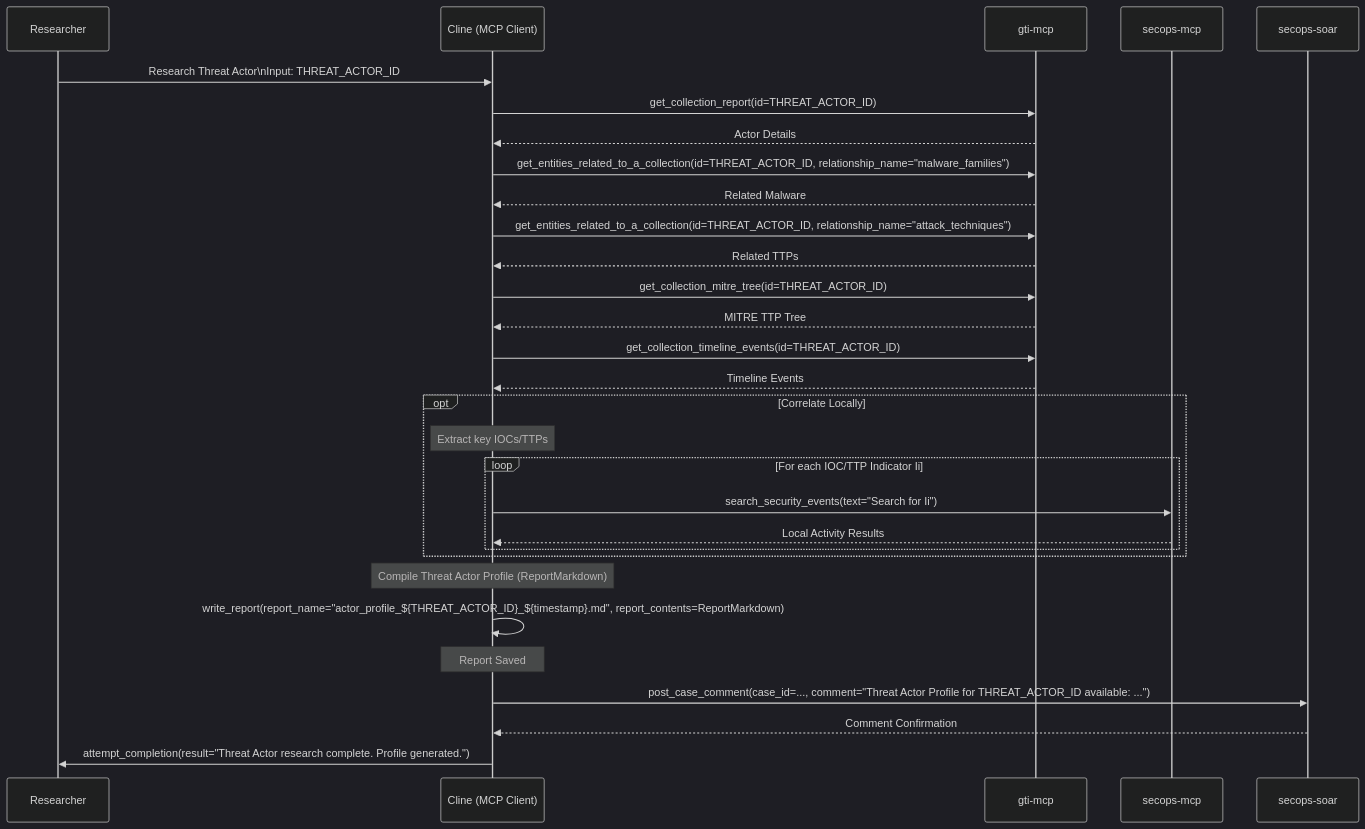
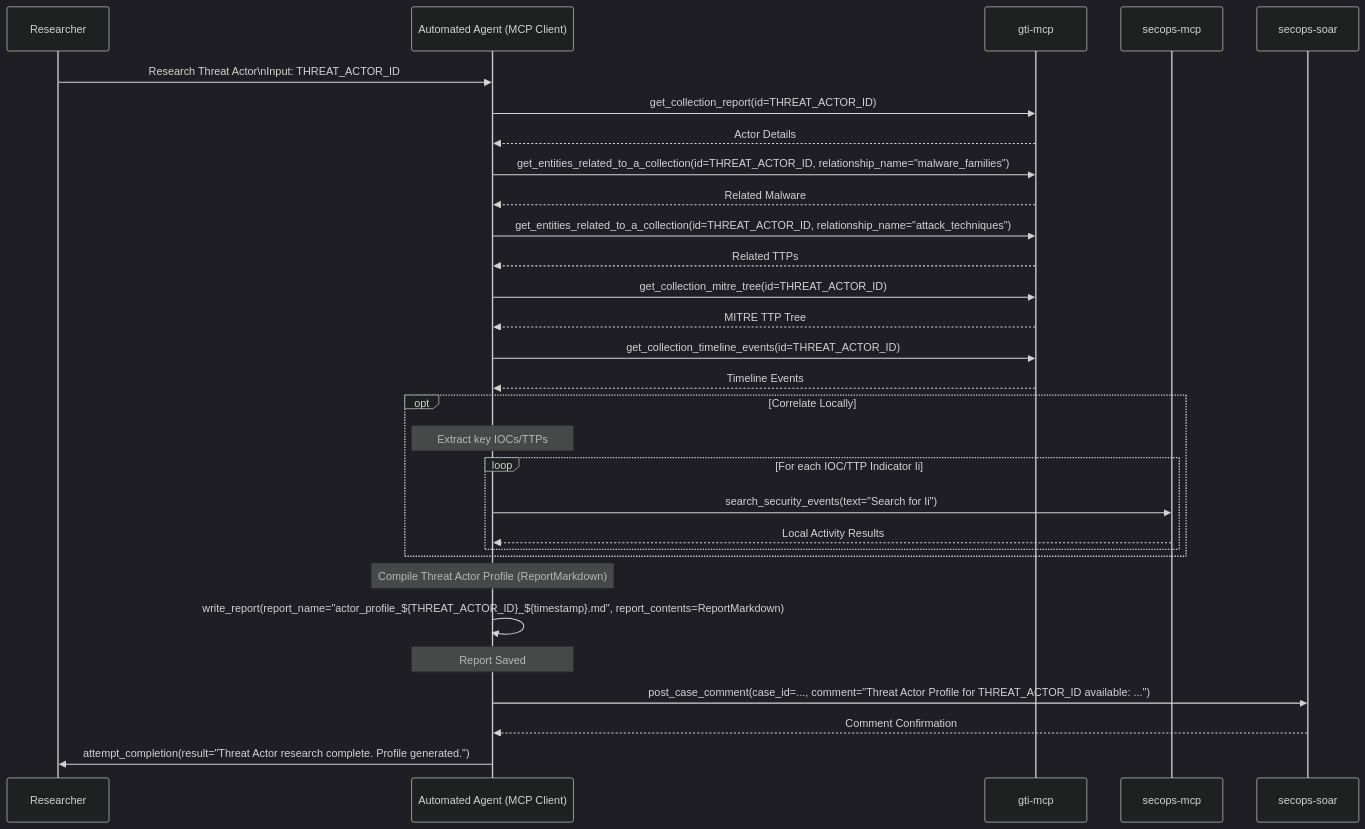
One commit to dandye/adk_runbooks changed the diagram in rules-bank/run_books/guidelines/threat_intel_workflows.md. Above: the diagram before and after it, drawn with Mermaid (dark theme). The commit also changed 42 other files, not shown here.

````diff
--- a/rules-bank/run_books/guidelines/threat_intel_workflows.md
+++ b/rules-bank/run_books/guidelines/threat_intel_workflows.md
@@ -38,50 +38,50 @@
 ```{mermaid}
 sequenceDiagram
     participant Researcher
-    participant Cline as Cline (MCP Client)
+    participant AutomatedAgent as Automated Agent (MCP Client)
     participant GTI as gti-mcp
     participant SIEM as secops-mcp
     participant SOAR as secops-soar
 
-    Researcher->>Cline: Research Threat Actor\nInput: THREAT_ACTOR_ID
+    Researcher->>AutomatedAgent: Research Threat Actor\nInput: THREAT_ACTOR_ID
 
     %% Step 2: Initial GTI Lookup
-    Cline->>GTI: get_collection_report(id=THREAT_ACTOR_ID)
-    GTI-->>Cline: Actor Details
+    AutomatedAgent->>GTI: get_collection_report(id=THREAT_ACTOR_ID)
+    GTI-->>AutomatedAgent: Actor Details
 
     %% Step 3: Explore Relationships
-    Cline->>GTI: get_entities_related_to_a_collection(id=THREAT_ACTOR_ID, relationship_name="malware_families")
-    GTI-->>Cline: Related Malware
-    Cline->>GTI: get_entities_related_to_a_collection(id=THREAT_ACTOR_ID, relationship_name="attack_techniques")
-    GTI-->>Cline: Related TTPs
+    AutomatedAgent->>GTI: get_entities_related_to_a_collection(id=THREAT_ACTOR_ID, relationship_name="malware_families")
+    GTI-->>AutomatedAgent: Related Malware
+    AutomatedAgent->>GTI: get_entities_related_to_a_collection(id=THREAT_ACTOR_ID, relationship_name="attack_techniques")
+    GTI-->>AutomatedAgent: Related TTPs
     %% Add other relationship calls
 
     %% Step 4: Analyze TTPs
-    Cline->>GTI: get_collection_mitre_tree(id=THREAT_ACTOR_ID)
-    GTI-->>Cline: MITRE TTP Tree
+    AutomatedAgent->>GTI: get_collection_mitre_tree(id=THREAT_ACTOR_ID)
+    GTI-->>AutomatedAgent: MITRE TTP Tree
 
     %% Step 5: Review Timelines
-    Cline->>GTI: get_collection_timeline_events(id=THREAT_ACTOR_ID)
-    GTI-->>Cline: Timeline Events
+    AutomatedAgent->>GTI: get_collection_timeline_events(id=THREAT_ACTOR_ID)
+    GTI-->>AutomatedAgent: Timeline Events
 
     %% Step 6: Correlate Locally (Optional)
     opt Correlate Locally
-        Note over Cline: Extract key IOCs/TTPs
+        Note over AutomatedAgent: Extract key IOCs/TTPs
         loop For each IOC/TTP Indicator Ii
-            Cline->>SIEM: search_security_events(text="Search for Ii")
-            SIEM-->>Cline: Local Activity Results
+            AutomatedAgent->>SIEM: search_security_events(text="Search for Ii")
+            SIEM-->>AutomatedAgent: Local Activity Results
         end
     end
 
     %% Step 7: Synthesize & Report
-    Note over Cline: Compile Threat Actor Profile (ReportMarkdown)
-    Cline->>Cline: write_report(report_name="actor_profile_${THREAT_ACTOR_ID}_${timestamp}.md", report_contents=ReportMarkdown)
-    Note over Cline: Report Saved
+    Note over AutomatedAgent: Compile Threat Actor Profile (ReportMarkdown)
+    AutomatedAgent->>AutomatedAgent: write_report(report_name="actor_profile_${THREAT_ACTOR_ID}_${timestamp}.md", report_contents=ReportMarkdown)
+    Note over AutomatedAgent: Report Saved
 
     %% Step 8: Disseminate
-    Cline->>SOAR: post_case_comment(case_id=..., comment="Threat Actor Profile for THREAT_ACTOR_ID available: ...")
-    SOAR-->>Cline: Comment Confirmation
+    AutomatedAgent->>SOAR: post_case_comment(case_id=..., comment="Threat Actor Profile for THREAT_ACTOR_ID available: ...")
+    SOAR-->>AutomatedAgent: Comment Confirmation
 
-    Cline->>Researcher: attempt_completion(result="Threat Actor research complete. Profile generated.")
+    AutomatedAgent->>Researcher: attempt_completion(result="Threat Actor research complete. Profile generated.")
 
 ```
````
